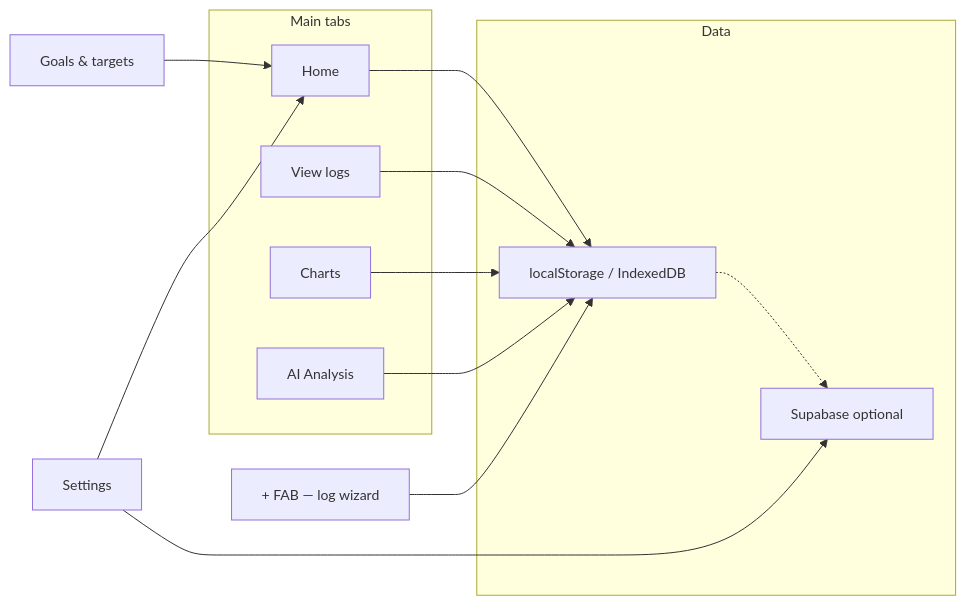
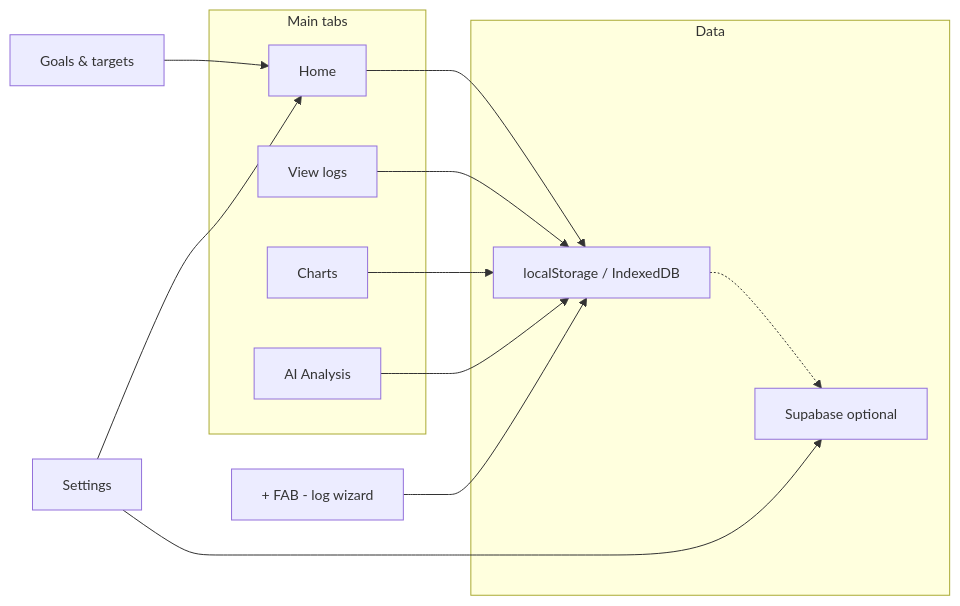
Before and after one commit to Metaheurist/Rianell: the diagram in docs/app-and-features.md, drawn with Mermaid. The commit also changed other lines of this file and 37 other files, not shown here.

````diff
--- a/docs/app-and-features.md
+++ b/docs/app-and-features.md
@@ -5,24 +5,24 @@
 ```mermaid
 %%{init: {'themeVariables': {'fontSize': '14px'}, 'flowchart': {'useMaxWidth': false, 'nodeSpacing': 50, 'rankSpacing': 45}}}%%
 flowchart LR
   subgraph tabs [Main tabs]
     Home[Home]
     View[View logs]
     Charts[Charts]
     AI[AI Analysis]
   end
   subgraph data [Data]
     Local[localStorage / IndexedDB]
     Cloud[Supabase optional]
   end
-  FAB["+ FAB — log wizard"]
+  FAB["+ FAB - log wizard"]
   Home --> Local
   View --> Local
   Charts --> Local
   AI --> Local
   FAB --> Local
   Local -.-> Cloud
   Goals[Goals & targets] --> Home
   Settings[Settings] --> Home
   Settings --> Cloud
 ```
````
